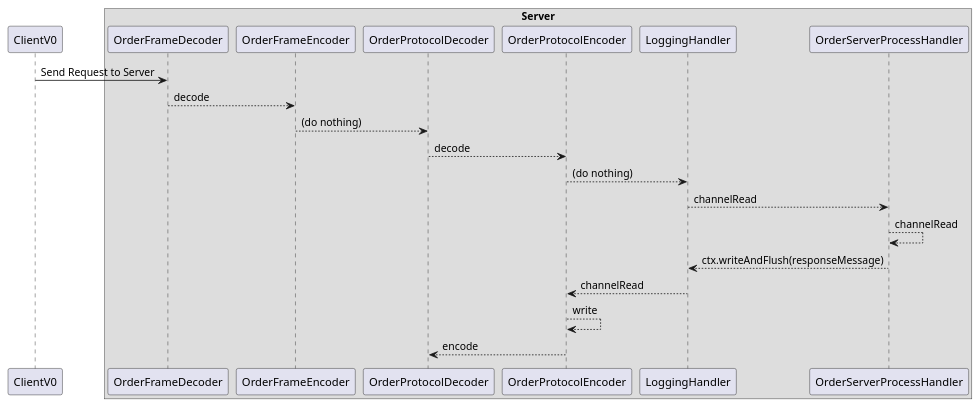
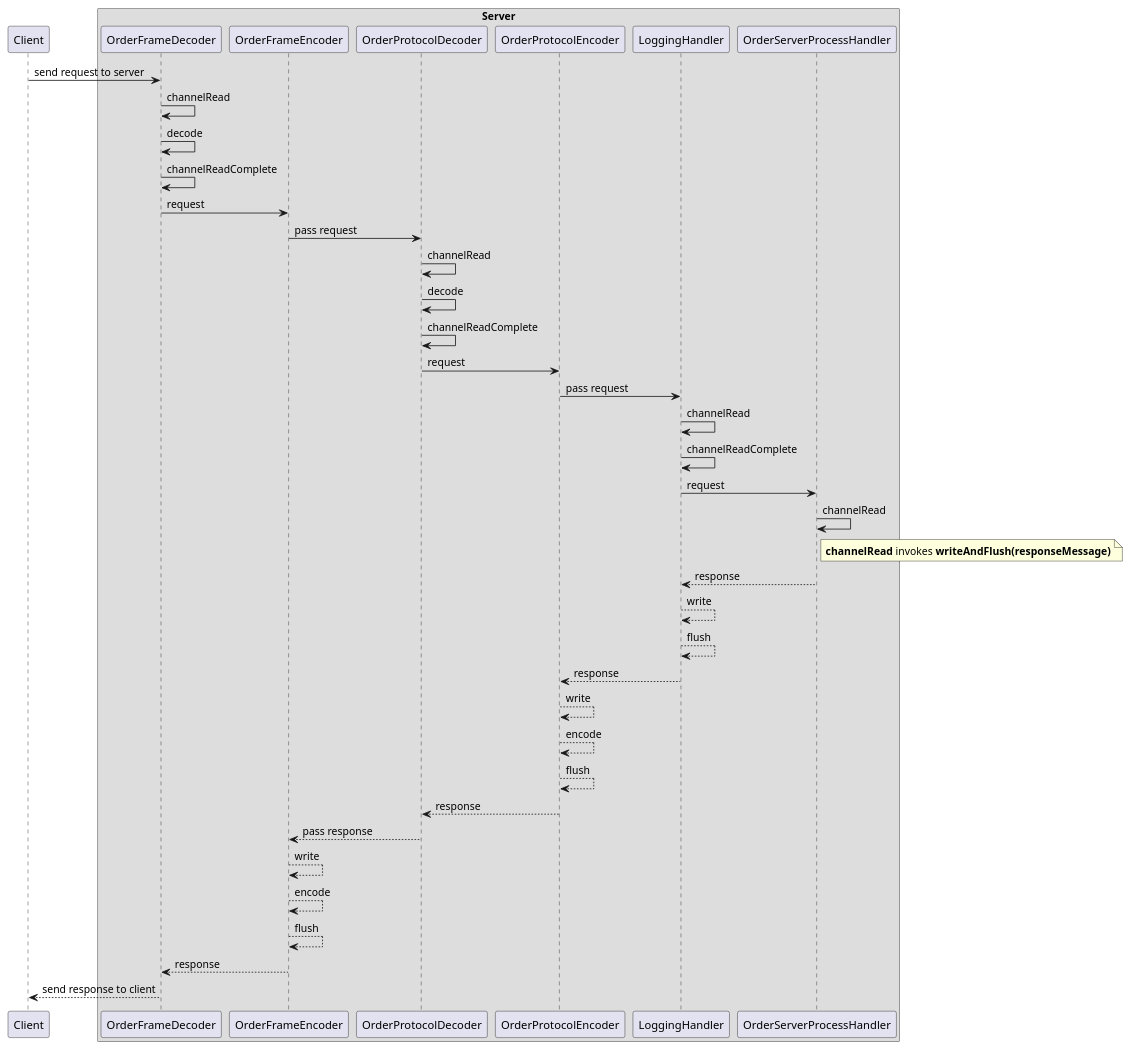
One commit to Du-Feng/JAVA-000 changed the diagram in Week_03/netty-research/assets/uml/server-sequence-diagram.puml. Above: the diagram before and after it, drawn with PlantUML. The commit also changed 2 other files, not shown here.

```diff
--- a/Week_03/netty-research/assets/uml/server-sequence-diagram.puml
+++ b/Week_03/netty-research/assets/uml/server-sequence-diagram.puml
@@ -1,23 +1,44 @@
 @startuml
-ClientV0 -> OrderFrameDecoder: Send Request to Server
-OrderFrameDecoder --> OrderFrameEncoder: decode
-OrderFrameEncoder --> OrderProtocolDecoder: (do nothing)
-OrderProtocolDecoder --> OrderProtocolEncoder: decode
-OrderProtocolEncoder --> LoggingHandler: (do nothing)
-LoggingHandler --> OrderServerProcessHandler: channelRead
-OrderServerProcessHandler --> OrderServerProcessHandler: channelRead
-OrderServerProcessHandler --> LoggingHandler: ctx.writeAndFlush(responseMessage)
-LoggingHandler --> OrderProtocolEncoder:channelRead
+Client -> OrderFrameDecoder: send request to server
+OrderFrameDecoder -> OrderFrameDecoder: channelRead
+OrderFrameDecoder -> OrderFrameDecoder: decode
+OrderFrameDecoder -> OrderFrameDecoder: channelReadComplete
+OrderFrameDecoder -> OrderFrameEncoder: request
+OrderFrameEncoder -> OrderProtocolDecoder: pass request
+OrderProtocolDecoder -> OrderProtocolDecoder: channelRead
+OrderProtocolDecoder -> OrderProtocolDecoder: decode
+OrderProtocolDecoder -> OrderProtocolDecoder: channelReadComplete
+OrderProtocolDecoder -> OrderProtocolEncoder: request
+OrderProtocolEncoder -> LoggingHandler: pass request
+LoggingHandler -> LoggingHandler: channelRead
+LoggingHandler -> LoggingHandler: channelReadComplete
+LoggingHandler -> OrderServerProcessHandler: request
+
+OrderServerProcessHandler -> OrderServerProcessHandler: channelRead
+note right of OrderServerProcessHandler: <b>channelRead</b> invokes <b>writeAndFlush(responseMessage)</b>
+
+OrderServerProcessHandler --> LoggingHandler: response
+LoggingHandler --> LoggingHandler: write
+LoggingHandler --> LoggingHandler: flush
+LoggingHandler --> OrderProtocolEncoder: response
 OrderProtocolEncoder --> OrderProtocolEncoder: write
-OrderProtocolEncoder --> OrderProtocolDecoder: encode
+OrderProtocolEncoder --> OrderProtocolEncoder: encode
+OrderProtocolEncoder --> OrderProtocolEncoder: flush
+OrderProtocolEncoder --> OrderProtocolDecoder: response
+OrderProtocolDecoder --> OrderFrameEncoder: pass response
+OrderFrameEncoder --> OrderFrameEncoder: write
+OrderFrameEncoder --> OrderFrameEncoder: encode
+OrderFrameEncoder --> OrderFrameEncoder: flush
+OrderFrameEncoder --> OrderFrameDecoder: response
+OrderFrameDecoder --> Client: send response to client
 
 box Server
 participant OrderFrameDecoder
 participant OrderFrameEncoder
 participant OrderProtocolDecoder
 participant OrderProtocolEncoder
 participant LoggingHandler
 participant OrderServerProcessHandler
 end box
 
 @enduml
```
